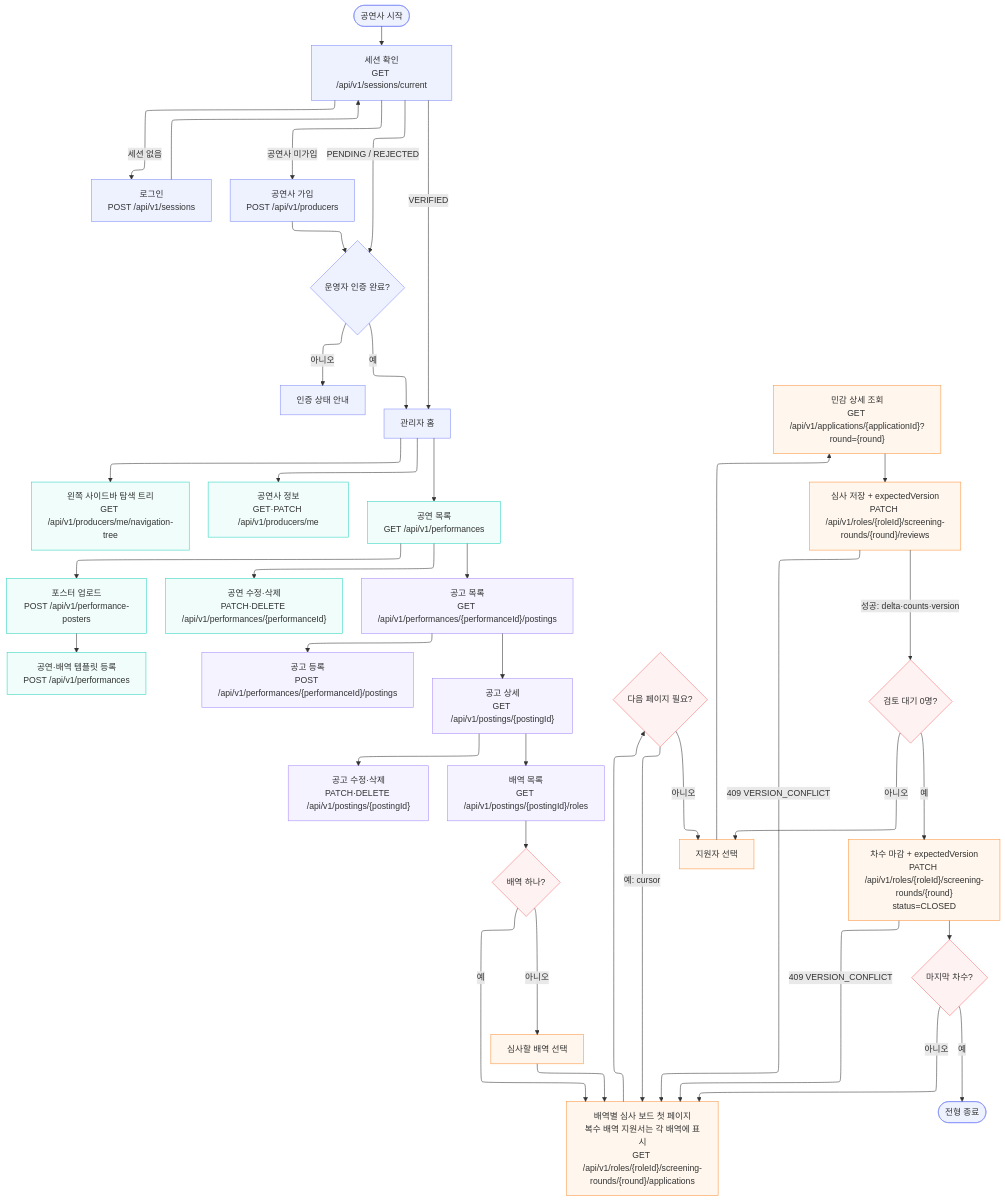
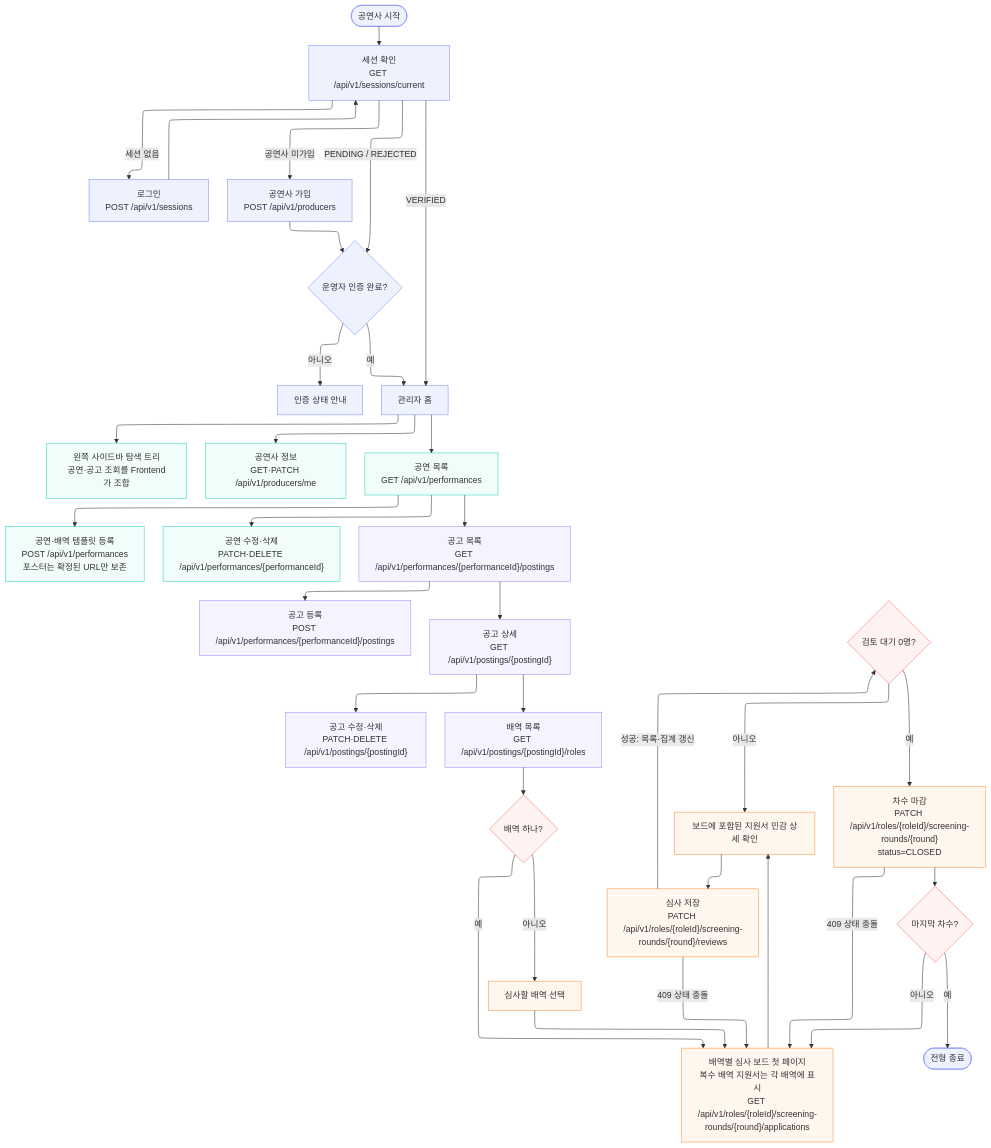
The diagram in docs/flowchart/producer.mmd (woowacourse-teams/2026-yesulin), drawn with Mermaid before and after one commit. The commit also changed 160 other files, not shown here.

```diff
--- a/docs/flowchart/producer.mmd
+++ b/docs/flowchart/producer.mmd
@@ -1,71 +1,64 @@
 ---
 config:
   layout: elk
 ---
 flowchart TB
     START(["공연사 시작"]) --> SESSION["세션 확인<br>GET /api/v1/sessions/current"]
     SESSION -- 세션 없음 --> LOGIN["로그인<br>POST /api/v1/sessions"]
     LOGIN --> SESSION
     SESSION -- 공연사 미가입 --> SIGNUP["공연사 가입<br>POST /api/v1/producers"]
     SIGNUP --> VERIFY{"운영자 인증 완료?"}
     SESSION -- PENDING / REJECTED --> VERIFY
     VERIFY -- 아니오 --> WAIT["인증 상태 안내"]
     VERIFY -- 예 --> HOME["관리자 홈"]
     SESSION -- VERIFIED --> HOME
-    HOME --> NAV["왼쪽 사이드바 탐색 트리<br>GET /api/v1/producers/me/navigation-tree"] & PROFILE["공연사 정보<br>GET·PATCH /api/v1/producers/me"] & PERF["공연 목록<br>GET /api/v1/performances"]
-    PERF --> NEW_PERF["포스터 업로드<br>POST /api/v1/performance-posters"] & EDIT_PERF["공연 수정·삭제<br>PATCH·DELETE /api/v1/performances/{performanceId}"] & POSTINGS["공고 목록<br>GET /api/v1/performances/{performanceId}/postings"]
-    NEW_PERF --> CREATE_PERF["공연·배역 템플릿 등록<br>POST /api/v1/performances"]
+    HOME --> NAV["왼쪽 사이드바 탐색 트리<br>공연·공고 조회를 Frontend가 조합"] & PROFILE["공연사 정보<br>GET·PATCH /api/v1/producers/me"] & PERF["공연 목록<br>GET /api/v1/performances"]
+    PERF --> CREATE_PERF["공연·배역 템플릿 등록<br>POST /api/v1/performances<br>포스터는 확정된 URL만 보존"] & EDIT_PERF["공연 수정·삭제<br>PATCH·DELETE /api/v1/performances/{performanceId}"] & POSTINGS["공고 목록<br>GET /api/v1/performances/{performanceId}/postings"]
     POSTINGS --> CREATE_POSTING["공고 등록<br>POST /api/v1/performances/{performanceId}/postings"] & POSTING_DETAIL["공고 상세<br>GET /api/v1/postings/{postingId}"]
     POSTING_DETAIL --> EDIT_POSTING["공고 수정·삭제<br>PATCH·DELETE /api/v1/postings/{postingId}"] & ROLES["배역 목록<br>GET /api/v1/postings/{postingId}/roles"]
     ROLES --> SOLE{"배역 하나?"}
     SOLE -- 예 --> BOARD["배역별 심사 보드 첫 페이지<br>복수 배역 지원서는 각 배역에 표시<br>GET /api/v1/roles/{roleId}/screening-rounds/{round}/applications"]
     SOLE -- 아니오 --> CHOOSE_ROLE["심사할 배역 선택"]
     CHOOSE_ROLE --> BOARD
-    BOARD --> MORE{"다음 페이지 필요?"}
-    MORE -- 예: cursor --> BOARD
-    MORE -- 아니오 --> SELECT["지원자 선택"]
-    SELECT --> APP_DETAIL["민감 상세 조회<br>GET /api/v1/applications/{applicationId}?round={round}"]
-    APP_DETAIL --> REVIEW["심사 저장 + expectedVersion<br>PATCH /api/v1/roles/{roleId}/screening-rounds/{round}/reviews"]
-    REVIEW -- 409 VERSION_CONFLICT --> BOARD
-    REVIEW -- 성공: delta·counts·version --> DONE{"검토 대기 0명?"}
+    BOARD --> SELECT["보드에 포함된 지원서 민감 상세 확인"]
+    SELECT --> REVIEW["심사 저장<br>PATCH /api/v1/roles/{roleId}/screening-rounds/{round}/reviews"]
+    REVIEW -- 409 상태 충돌 --> BOARD
+    REVIEW -- 성공: 목록·집계 갱신 --> DONE{"검토 대기 0명?"}
     DONE -- 아니오 --> SELECT
-    DONE -- 예 --> CLOSE["차수 마감 + expectedVersion<br>PATCH /api/v1/roles/{roleId}/screening-rounds/{round}<br>status=CLOSED"]
-    CLOSE -- 409 VERSION_CONFLICT --> BOARD
+    DONE -- 예 --> CLOSE["차수 마감<br>PATCH /api/v1/roles/{roleId}/screening-rounds/{round}<br>status=CLOSED"]
+    CLOSE -- 409 상태 충돌 --> BOARD
     CLOSE --> LAST{"마지막 차수?"}
     LAST -- 아니오 --> BOARD
     LAST -- 예 --> FINISH(["전형 종료"])
 
     START:::authNode
     SESSION:::authNode
     LOGIN:::authNode
     SIGNUP:::authNode
     VERIFY:::authNode
     WAIT:::authNode
     HOME:::authNode
     NAV:::perfNode
     PROFILE:::perfNode
     PERF:::perfNode
-    NEW_PERF:::perfNode
     EDIT_PERF:::perfNode
     POSTINGS:::postingNode
     CREATE_PERF:::perfNode
     CREATE_POSTING:::postingNode
     POSTING_DETAIL:::postingNode
     EDIT_POSTING:::postingNode
     ROLES:::postingNode
     SOLE:::decisionNode
     BOARD:::screeningNode
     CHOOSE_ROLE:::screeningNode
-    MORE:::decisionNode
     SELECT:::screeningNode
-    APP_DETAIL:::screeningNode
     REVIEW:::screeningNode
     DONE:::decisionNode
     CLOSE:::screeningNode
     LAST:::decisionNode
     FINISH:::authNode
     classDef authNode stroke:#818cf8,fill:#eef2ff
     classDef perfNode stroke:#2dd4bf,fill:#f0fdfa
     classDef postingNode stroke:#a78bfa,fill:#f5f3ff
     classDef screeningNode stroke:#fb923c,fill:#fff7ed
     classDef decisionNode stroke:#f87171,fill:#fef2f2
```
